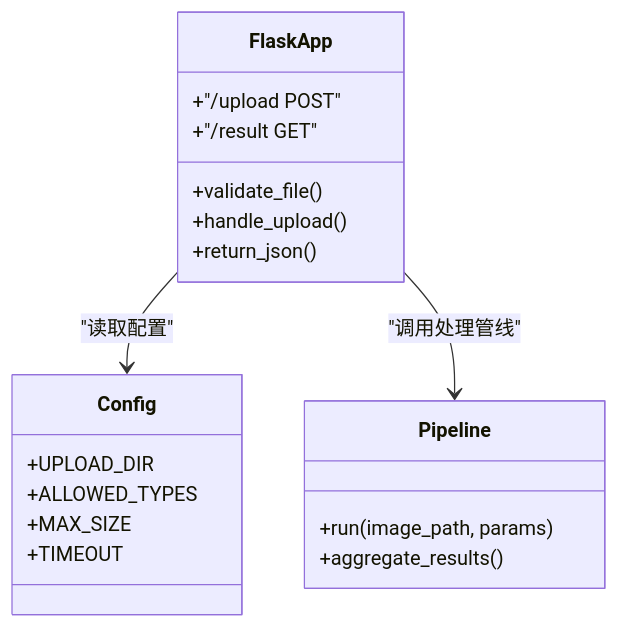
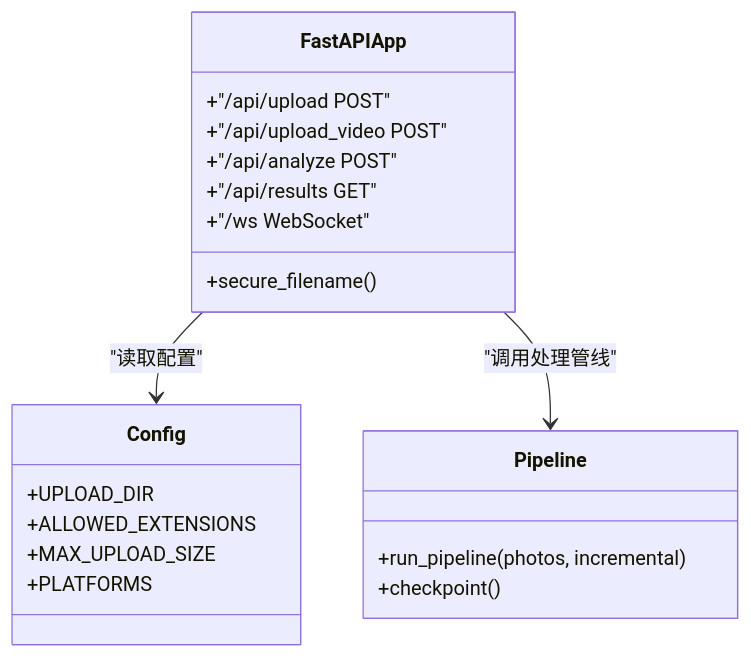
The fourth of 7 diagrams in wiki/Web界面系统.md (Frankynwa/photo-rank), drawn with Mermaid before and after one commit. The commit also changed other lines of this file and 7 other files, not shown here.

````diff
--- a/wiki/Web界面系统.md
+++ b/wiki/Web界面系统.md
@@ -209,22 +204,23 @@
 ```mermaid
 classDiagram
-class FlaskApp {
-+"/upload POST"
-+"/result GET"
-+validate_file()
-+handle_upload()
-+return_json()
+class FastAPIApp {
++"/api/upload POST"
++"/api/upload_video POST"
++"/api/analyze POST"
++"/api/results GET"
++"/ws WebSocket"
++secure_filename()
 }
 class Config {
 +UPLOAD_DIR
-+ALLOWED_TYPES
-+MAX_SIZE
-+TIMEOUT
++ALLOWED_EXTENSIONS
++MAX_UPLOAD_SIZE
++PLATFORMS
 }
 class Pipeline {
-+run(image_path, params)
-+aggregate_results()
++run_pipeline(photos, incremental)
++checkpoint()
 }
-FlaskApp --> Config : "读取配置"
-FlaskApp --> Pipeline : "调用处理管线"
+FastAPIApp --> Config : "读取配置"
+FastAPIApp --> Pipeline : "调用处理管线"
 ```
````
